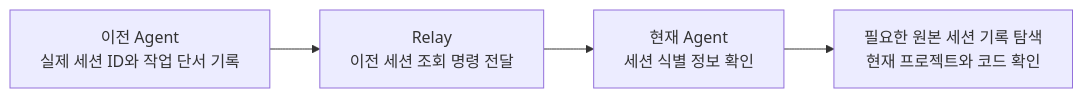
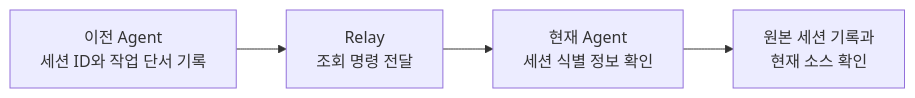
The diagram in README.md (ChanuuDev/relay), drawn with Mermaid before and after one commit. The commit also changed other lines of this file, not shown here.

````diff
--- a/README.md
+++ b/README.md
@@ -9,6 +7,6 @@
 ```mermaid
 flowchart LR
-    A["이전 Agent<br/>실제 세션 ID와 작업 단서 기록"] --> B["Relay<br/>이전 세션 조회 명령 전달"]
+    A["이전 Agent<br/>세션 ID와 작업 단서 기록"] --> B["Relay<br/>조회 명령 전달"]
     B --> C["현재 Agent<br/>세션 식별 정보 확인"]
-    C --> D["필요한 원본 세션 기록 탐색<br/>현재 프로젝트와 코드 확인"]
+    C --> D["원본 세션 기록과<br/>현재 소스 확인"]
 ```
````
